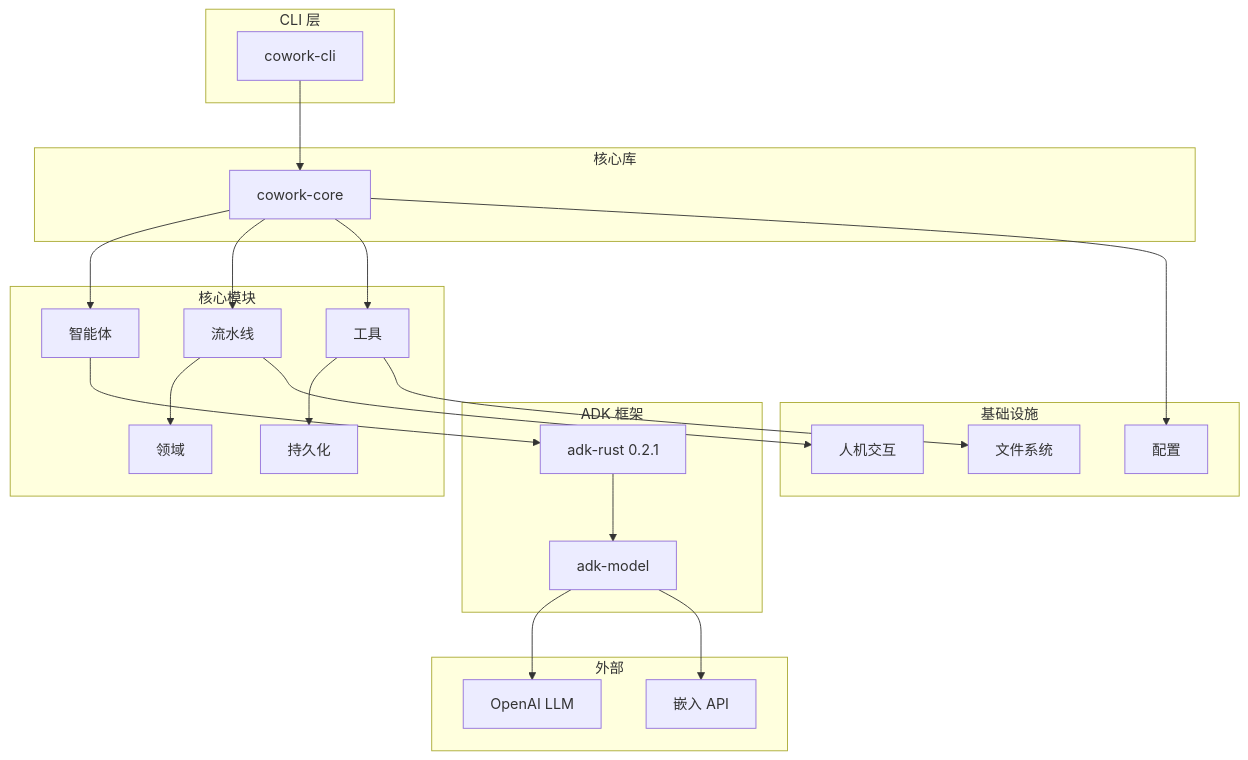
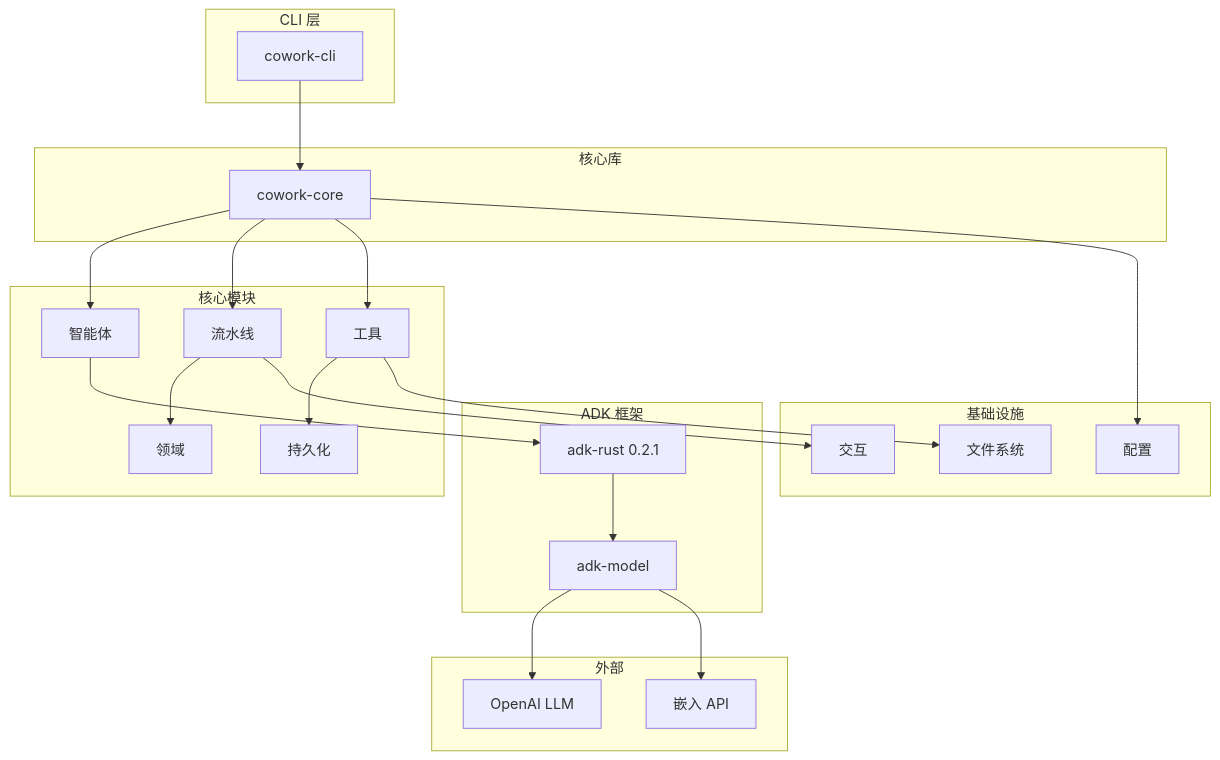
The first of 3 diagrams in README_zh.md (sopaco/cowork-forge), drawn with Mermaid before and after one commit. The commit also changed other lines of this file and 5 other files, not shown here.

````diff
--- a/README_zh.md
+++ b/README_zh.md
@@ -171,51 +171,51 @@
 ```mermaid
 graph TB
     subgraph "CLI 层"
         CLI[cowork-cli]
     end
     
     subgraph "核心库"
         CORE[cowork-core]
     end
     
     subgraph "核心模块"
         AGENTS[智能体]
         PIPELINE[流水线]
         TOOLS[工具]
         PERSISTENCE[持久化]
         DOMAIN[领域]
     end
     
     subgraph "ADK 框架"
         ADK[adk-rust 0.2.1]
         LLM[adk-model]
     end
     
     subgraph "基础设施"
         FS[文件系统]
         CONFIG[配置]
-        HITL[人机交互]
+        INTERACTION[交互]
     end
     
     subgraph "外部"
         OPENAI[OpenAI LLM]
         EMBEDDING[嵌入 API]
     end
     
     CLI --> CORE
     CORE --> AGENTS
     CORE --> PIPELINE
     CORE --> TOOLS
     
     AGENTS --> ADK
     PIPELINE --> DOMAIN
     TOOLS --> PERSISTENCE
     
     ADK --> LLM
     LLM --> OPENAI
     LLM --> EMBEDDING
     
-    PIPELINE --> HITL
+    PIPELINE --> INTERACTION
     TOOLS --> FS
     CORE --> CONFIG
 ```
````
